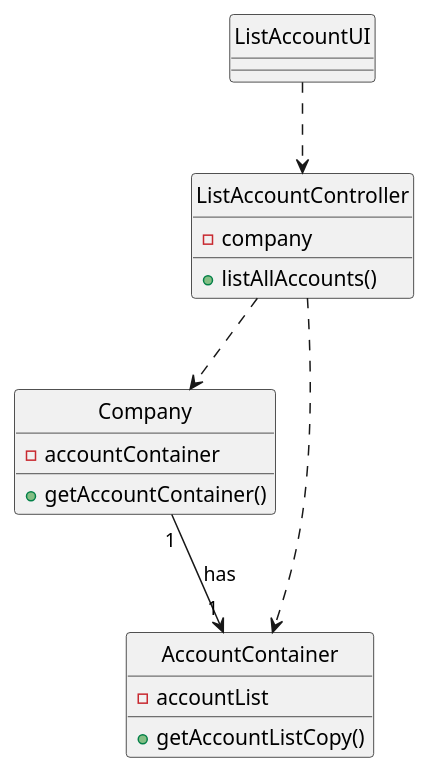
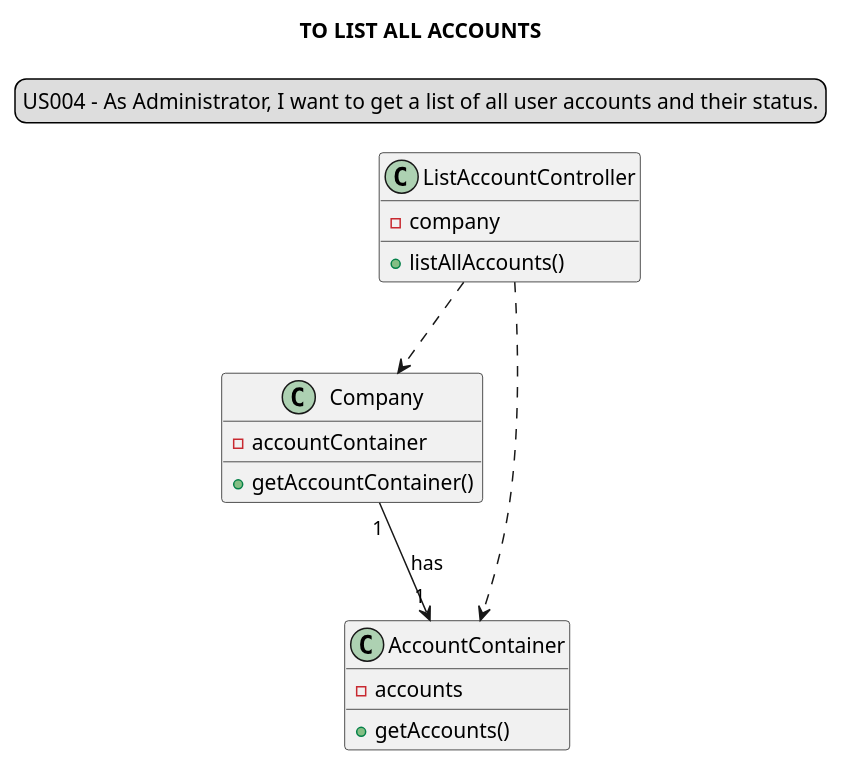
The diagram in docs/modelling_design/user_stories/us004/US004_classDiagram.puml (Loracline/project_switch_22-23), drawn with PlantUML before and after one commit. The commit also changed 40 other files, not shown here.

Commit message:
Class Diagram | Final update before Sprint Review #1

```diff
--- a/docs/modelling_design/user_stories/us004/US004_classDiagram.puml
+++ b/docs/modelling_design/user_stories/us004/US004_classDiagram.puml
@@ -1,31 +1,28 @@
 @startuml
 
-class "ListAccountUI"{
-}
+skinparam sequenceMessageAlign center
+title TO LIST ALL ACCOUNTS
+legend top
+US004 - As Administrator, I want to get a list of all user accounts and their status.
+end legend
 
 class "ListAccountController" {
 -company
 +listAllAccounts()
 }
 
 class "Company"{
 -accountContainer
 +getAccountContainer()
 
 }
 class "AccountContainer"{
--accountList
-+getAccountListCopy()
+-accounts
++getAccounts()
 }
 
-hide "ListAccountUI" circle
-hide "ListAccountController" circle
-hide "Company" circle
-hide "AccountContainer" circle
-
-"ListAccountUI" ..> "ListAccountController"
 "ListAccountController" ..> "Company"
 "ListAccountController" ..> "AccountContainer"
 "Company" "1"-->"1" "AccountContainer": has
 
 @enduml
```
